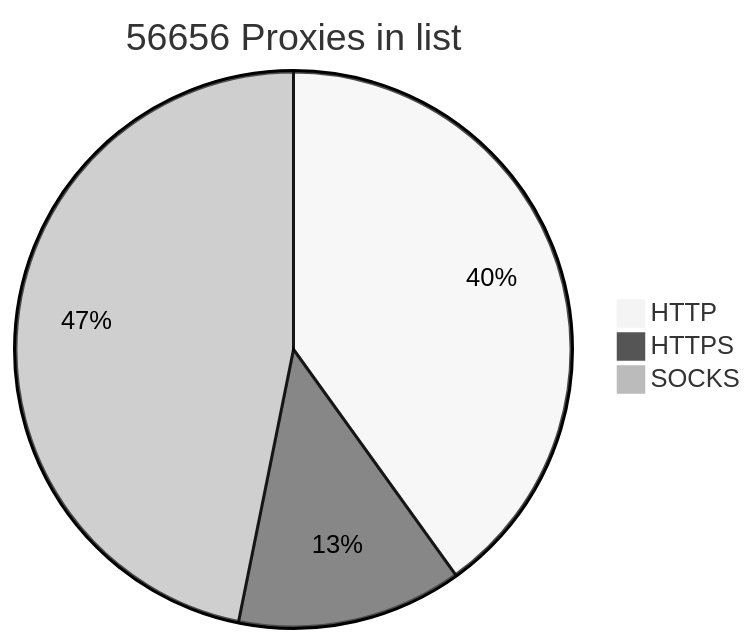
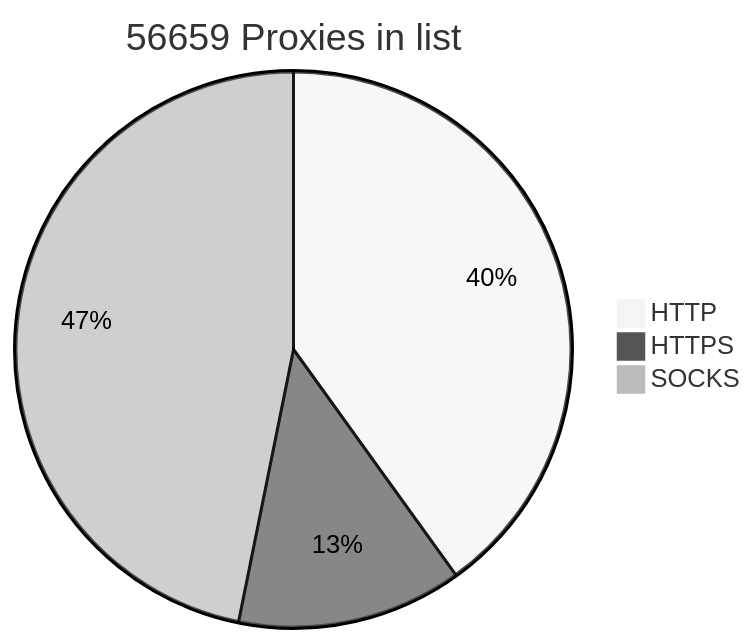
Before and after one commit to BlackSnowDot/proxylist-update-every-minute: the diagram in README.md, drawn with Mermaid (neutral theme).

````diff
--- a/README.md
+++ b/README.md
@@ -2,6 +2,6 @@
 ```mermaid
-pie title 56656 Proxies in list
+pie title 56659 Proxies in list
     "HTTP" : 25517
-    "HTTPS": 8339
-    "SOCKS" : 29818
+    "HTTPS": 8340
+    "SOCKS" : 29821
 ```
````
